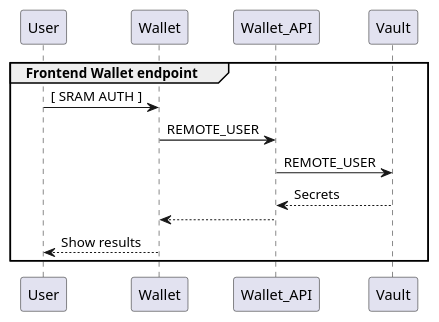
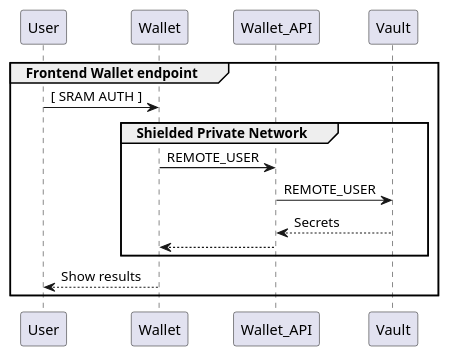
The diagram in assets/wallet.iuml (HarryKodden/SRAM-Token-Service), drawn with PlantUML before and after one commit. The commit also changed 2 other files, not shown here.

Commit message:
Update UML & Readme

```diff
--- a/assets/wallet.iuml
+++ b/assets/wallet.iuml
@@ -1,10 +1,12 @@
 @startuml
 group Frontend Wallet endpoint
     User -> Wallet: [ SRAM AUTH ]
-    Wallet -> Wallet_API: REMOTE_USER
-    Wallet_API -> Vault: REMOTE_USER
-    Vault --> Wallet_API: Secrets
-    Wallet_API --> Wallet
+    group Shielded Private Network
+        Wallet -> Wallet_API: REMOTE_USER
+        Wallet_API -> Vault: REMOTE_USER
+        Vault --> Wallet_API: Secrets
+        Wallet_API --> Wallet
+    end
     Wallet --> User: Show results
 end
 @enduml
```
